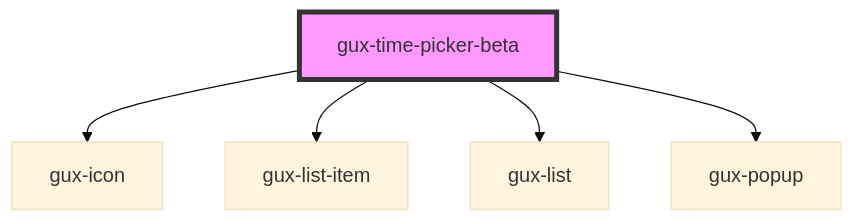
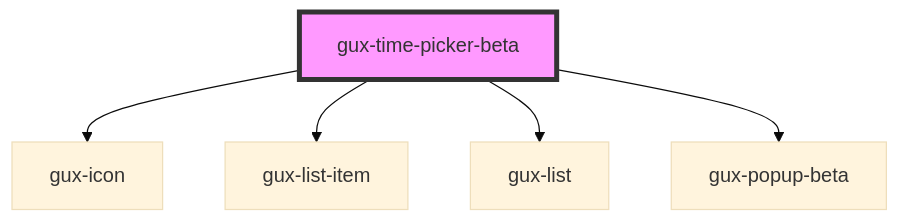
One commit to MyPureCloud/genesys-spark changed the diagram in src/components/beta/gux-time-picker/readme.md. Above: the diagram before and after it, drawn with Mermaid (base theme). The commit also changed other lines of this file and 36 other files, not shown here.

First line of the commit message:
feat(gux-popup-beta): replace gux-popup with gux-popup-beta in components (#1145)

````diff
--- a/src/components/beta/gux-time-picker/readme.md
+++ b/src/components/beta/gux-time-picker/readme.md
@@ -31,8 +31,8 @@
 ```mermaid
 graph TD;
   gux-time-picker-beta --> gux-icon
   gux-time-picker-beta --> gux-list-item
   gux-time-picker-beta --> gux-list
-  gux-time-picker-beta --> gux-popup
+  gux-time-picker-beta --> gux-popup-beta
   style gux-time-picker-beta fill:#f9f,stroke:#333,stroke-width:4px
 ```
````
